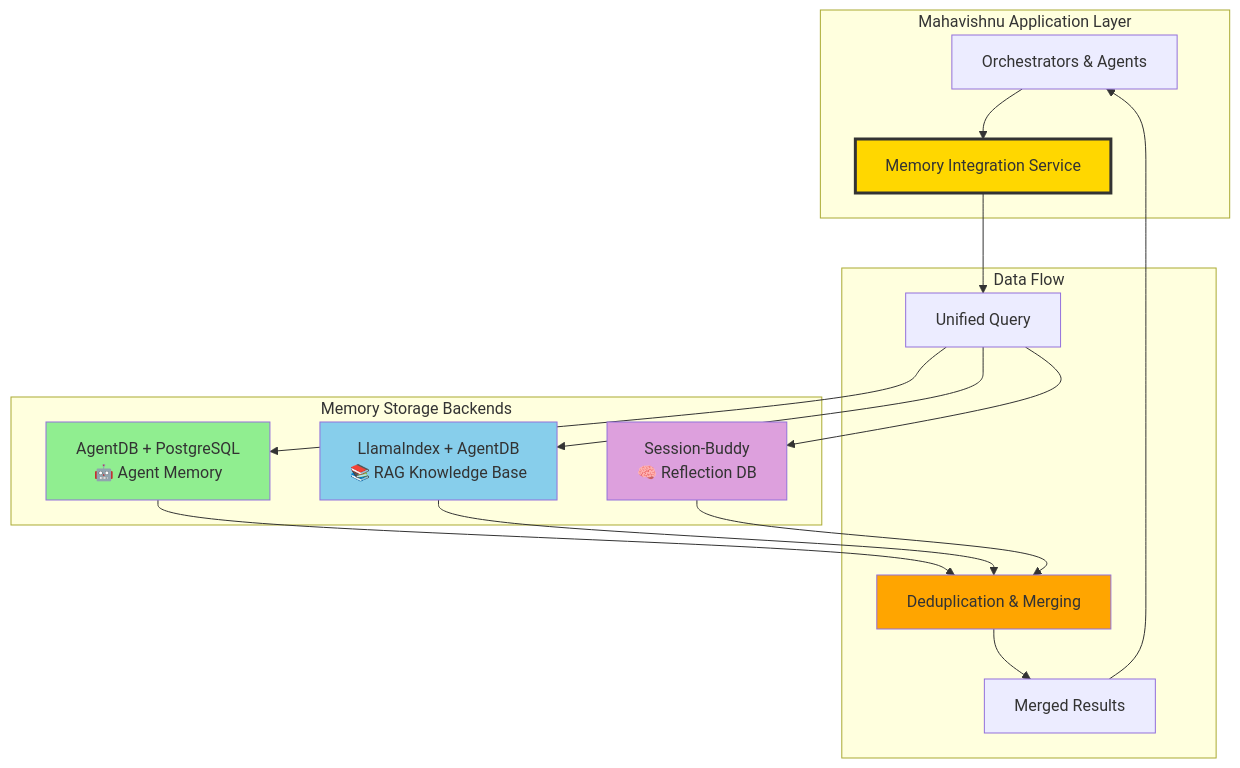
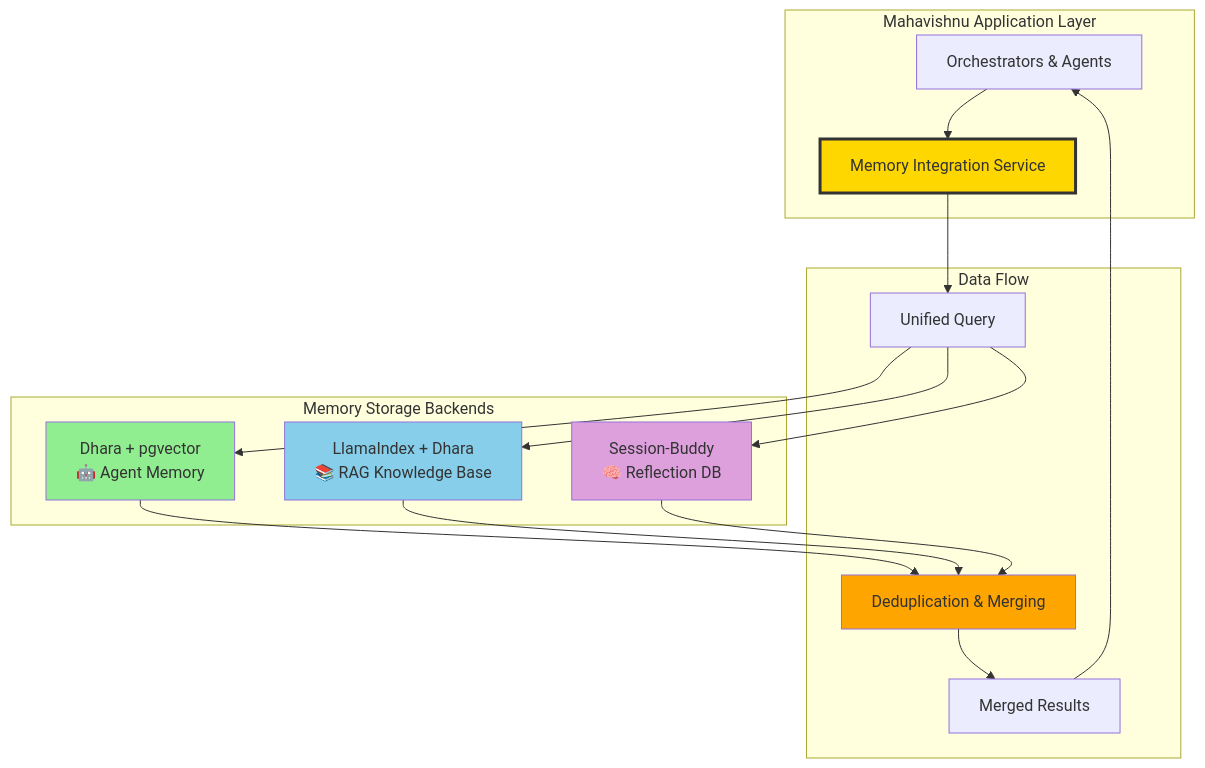
Before and after one commit to lesleslie/mahavishnu: the first of 3 diagrams in docs/adr/005-memory-architecture.md, drawn with Mermaid. The commit also changed other lines of this file, not shown here.

Commit message:
fix(mahavishnu): replace AgentDB/Ollama with Dhara/FastEmbed in ADR-005

````diff
--- a/docs/adr/005-memory-architecture.md
+++ b/docs/adr/005-memory-architecture.md
@@ -124,32 +124,32 @@
 ```mermaid
 graph TB
     subgraph "Mahavishnu Application Layer"
         APP[Orchestrators & Agents]
         SERVICE[Memory Integration Service]
     end
     subgraph "Memory Storage Backends"
-        AGENTDB[AgentDB + PostgreSQL<br/>🤖 Agent Memory]
-        RAG[LlamaIndex + AgentDB<br/>📚 RAG Knowledge Base]
+        AGENTDB[Dhara + pgvector<br/>🤖 Agent Memory]
+        RAG[LlamaIndex + Dhara<br/>📚 RAG Knowledge Base]
         BUDDY[Session-Buddy<br/>🧠 Reflection DB]
     end
     subgraph "Data Flow"
         QUERY[Unified Query]
         DEDUP[Deduplication & Merging]
         RESULTS[Merged Results]
     end
     APP --> SERVICE
     SERVICE --> QUERY
     QUERY --> AGENTDB
     QUERY --> RAG
     QUERY --> BUDDY
     AGENTDB --> DEDUP
     RAG --> DEDUP
     BUDDY --> DEDUP
     DEDUP --> RESULTS
     RESULTS --> APP
     style SERVICE fill:#FFD700,stroke:#333,stroke-width:3px
     style AGENTDB fill:#90EE90
     style RAG fill:#87CEEB
     style BUDDY fill:#DDA0DD
     style DEDUP fill:#FFA500
 ```
````
